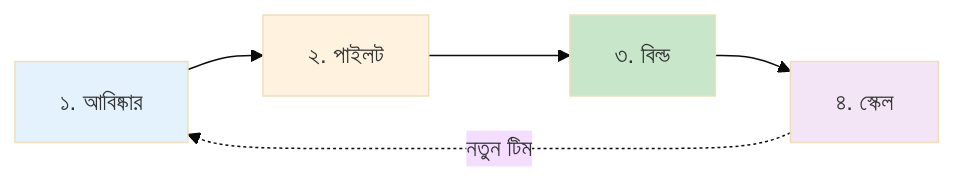
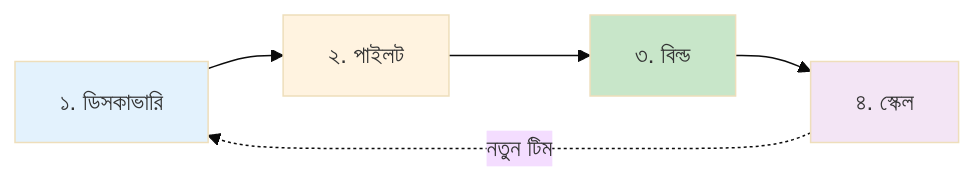
One commit to aiwithr/ai_llm changed the diagram in docs/bangla/adoption/index.md. Above: the diagram before and after it, drawn with Mermaid (base theme). The commit also changed other lines of this file and 5 other files, not shown here.

````diff
--- a/docs/bangla/adoption/index.md
+++ b/docs/bangla/adoption/index.md
@@ -5,12 +5,12 @@
 ```mermaid
 flowchart LR
-    A[১. আবিষ্কার] --> B[২. পাইলট]
+    A[১. ডিসকাভারি] --> B[২. পাইলট]
     B --> C[৩. বিল্ড]
     C --> D[৪. স্কেল]
     D -.->|নতুন টিম| A
 
     style A fill:#e3f2fd
     style B fill:#fff3e0
     style C fill:#c8e6c9
     style D fill:#f3e5f5
 ```
````
